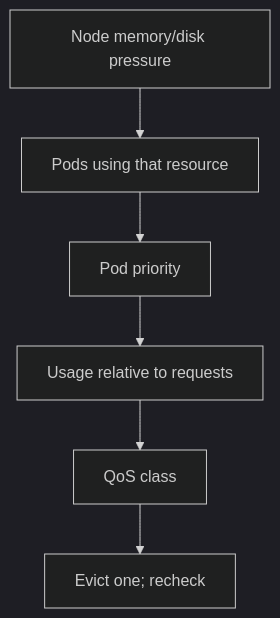
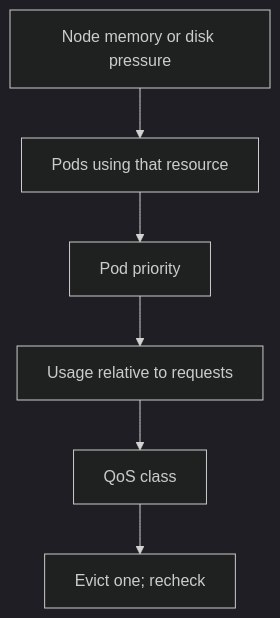
One commit to darshan-raul/apollo11-docs changed the second of 2 diagrams in docs/learn/reliability/requests-limits-and-pressure.md. Above: the diagram before and after it, drawn with Mermaid (dark theme). The commit also changed other lines of this file and 55 other files, not shown here.

````diff
--- a/docs/learn/reliability/requests-limits-and-pressure.md
+++ b/docs/learn/reliability/requests-limits-and-pressure.md
@@ -41,8 +53,8 @@
 ```mermaid
 flowchart TD
-  P[Node memory/disk pressure] --> C[Pods using that resource]
+  P[Node memory or disk pressure] --> C[Pods using that resource]
   C --> Pr[Pod priority]
   Pr --> U[Usage relative to requests]
   U --> Q[QoS class]
   Q --> V[Evict one; recheck]
 ```
````
